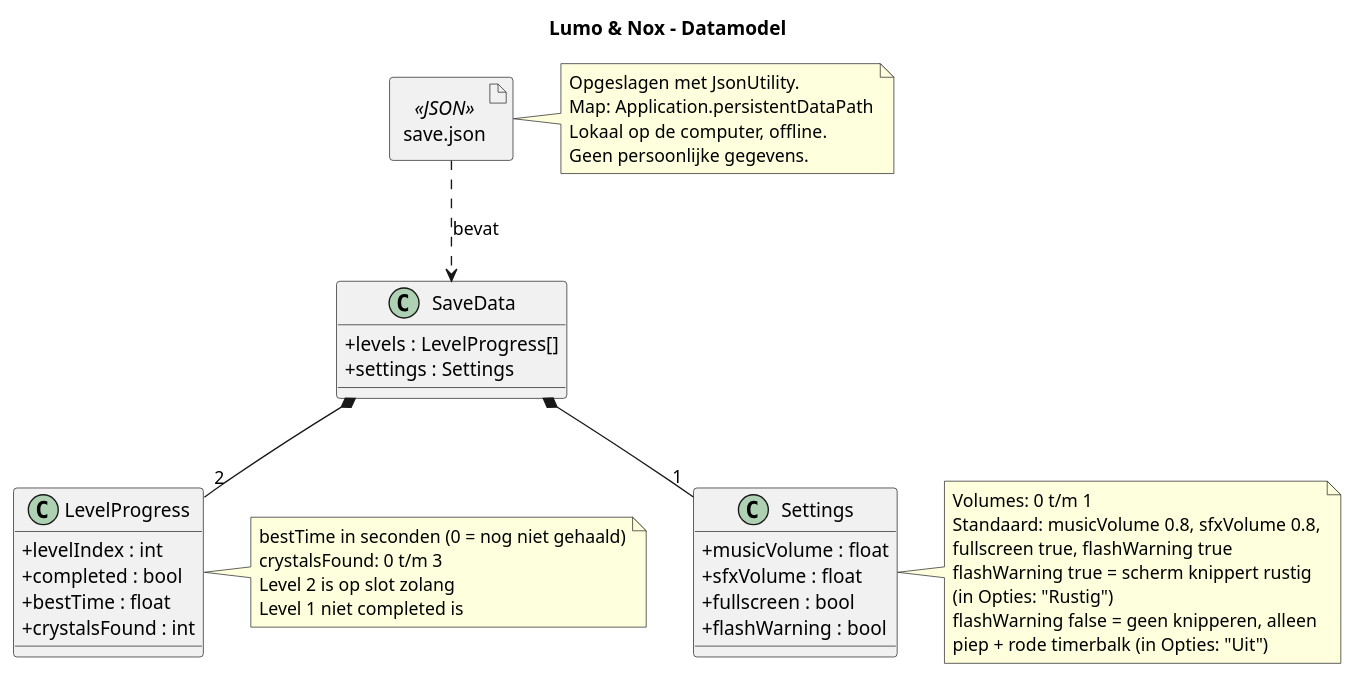
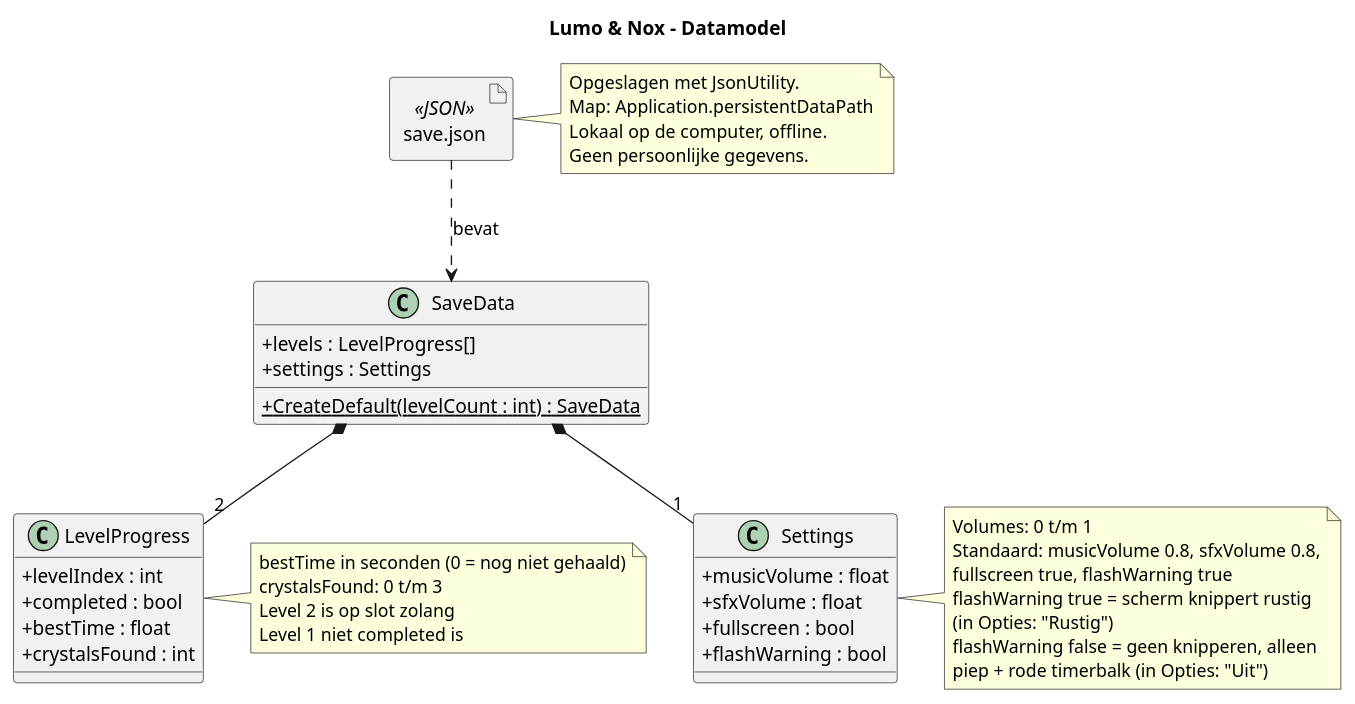
One commit to ahmad-sy1/lumo-and-nox changed the diagram in docs/diagrams/data-model.puml. Above: the diagram before and after it, drawn with PlantUML. The commit also changed 16 other files, not shown here.

```diff
--- a/docs/diagrams/data-model.puml
+++ b/docs/diagrams/data-model.puml
@@ -1,55 +1,56 @@
 @startuml data-model
 title Lumo & Nox - Datamodel
 allowmixing
 skinparam classAttributeIconSize 0
 
 artifact "save.json" as saveFile <<JSON>> {
 }
 
 note right of saveFile
   Opgeslagen met JsonUtility.
   Map: Application.persistentDataPath
   Lokaal op de computer, offline.
   Geen persoonlijke gegevens.
 end note
 
 class SaveData {
   + levels : LevelProgress[]
   + settings : Settings
+  + {static} CreateDefault(levelCount : int) : SaveData
 }
 
 class LevelProgress {
   + levelIndex : int
   + completed : bool
   + bestTime : float
   + crystalsFound : int
 }
 
 note right of LevelProgress
   bestTime in seconden (0 = nog niet gehaald)
   crystalsFound: 0 t/m 3
   Level 2 is op slot zolang
   Level 1 niet completed is
 end note
 
 class Settings {
   + musicVolume : float
   + sfxVolume : float
   + fullscreen : bool
   + flashWarning : bool
 }
 
 note right of Settings
   Volumes: 0 t/m 1
   Standaard: musicVolume 0.8, sfxVolume 0.8,
   fullscreen true, flashWarning true
   flashWarning true = scherm knippert rustig
   (in Opties: "Rustig")
   flashWarning false = geen knipperen, alleen
   piep + rode timerbalk (in Opties: "Uit")
 end note
 
 saveFile ..> SaveData : bevat
 SaveData *-- "2" LevelProgress
 SaveData *-- "1" Settings
 @enduml
```
